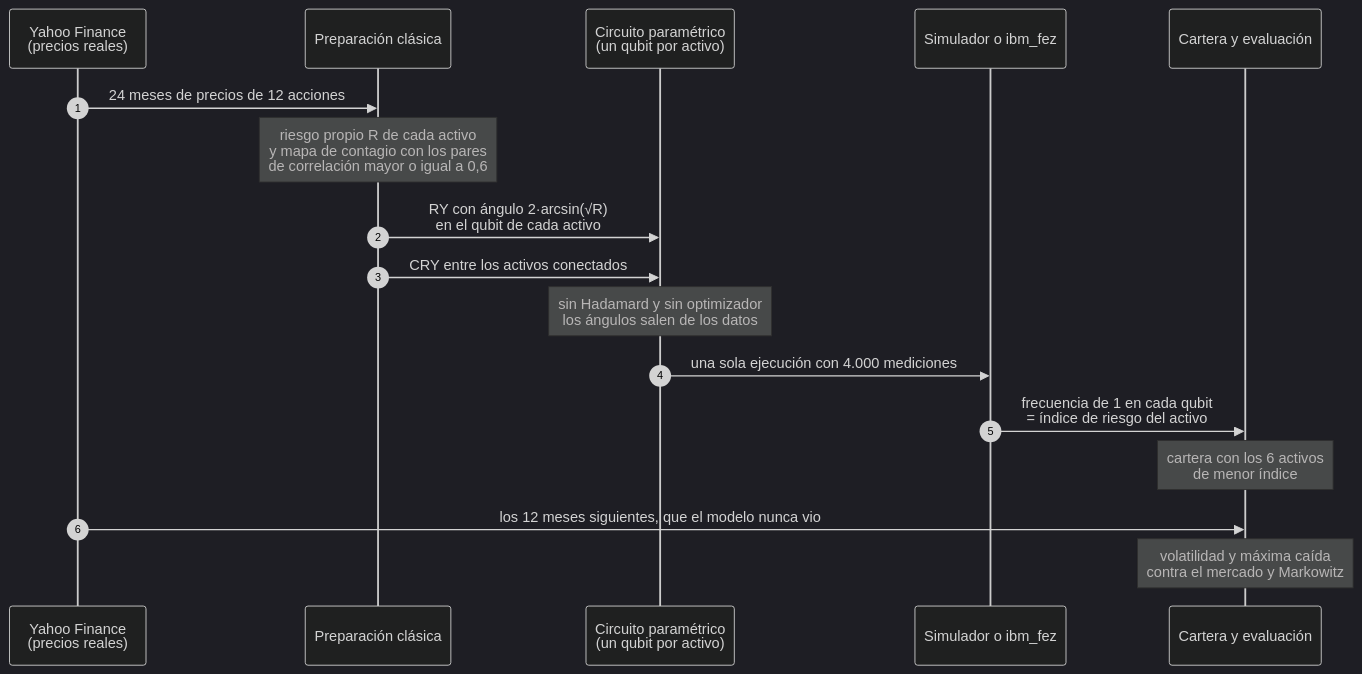
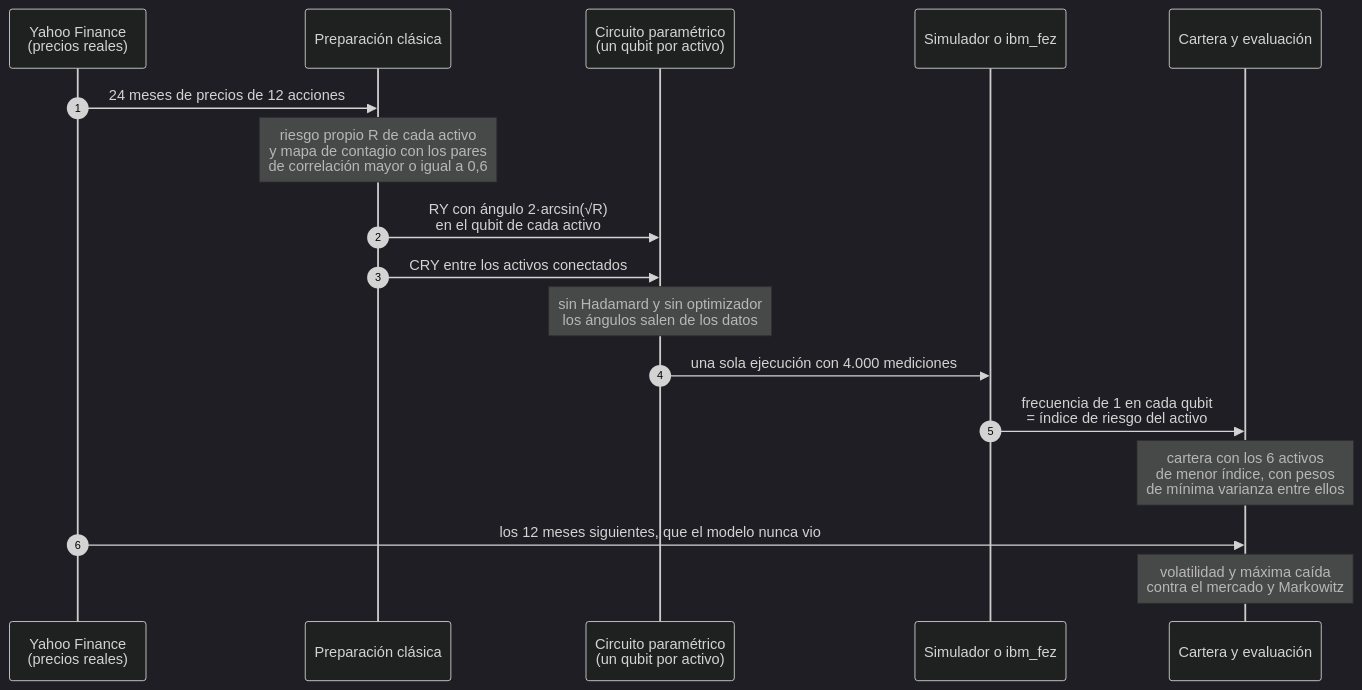
The diagram in README.md (314-ia/quantum-portfolio-risk), drawn with Mermaid (dark theme) before and after one commit. The commit also changed other lines of this file and 6 other files, not shown here.

First line of the commit message:
Cartera: el circuito elige, mínima varianza pone los pesos

````diff
--- a/README.md
+++ b/README.md
@@ -30,20 +30,20 @@
 ```mermaid
 sequenceDiagram
     autonumber
     participant Y as Yahoo Finance<br/>(precios reales)
     participant C as Preparación clásica
     participant Q as Circuito paramétrico<br/>(un qubit por activo)
     participant B as Simulador o ibm_fez
     participant E as Cartera y evaluación
 
     Y->>C: 24 meses de precios de 12 acciones
     Note over C: riesgo propio R de cada activo<br/>y mapa de contagio con los pares<br/>de correlación mayor o igual a 0,6
     C->>Q: RY con ángulo 2·arcsin(√R)<br/>en el qubit de cada activo
     C->>Q: CRY entre los activos conectados
     Note over Q: sin Hadamard y sin optimizador<br/>los ángulos salen de los datos
     Q->>B: una sola ejecución con 4.000 mediciones
     B->>E: frecuencia de 1 en cada qubit<br/>= índice de riesgo del activo
-    Note over E: cartera con los 6 activos<br/>de menor índice
+    Note over E: cartera con los 6 activos<br/>de menor índice, con pesos<br/>de mínima varianza entre ellos
     Y->>E: los 12 meses siguientes, que el modelo nunca vio
     Note over E: volatilidad y máxima caída<br/>contra el mercado y Markowitz
 ```
````
